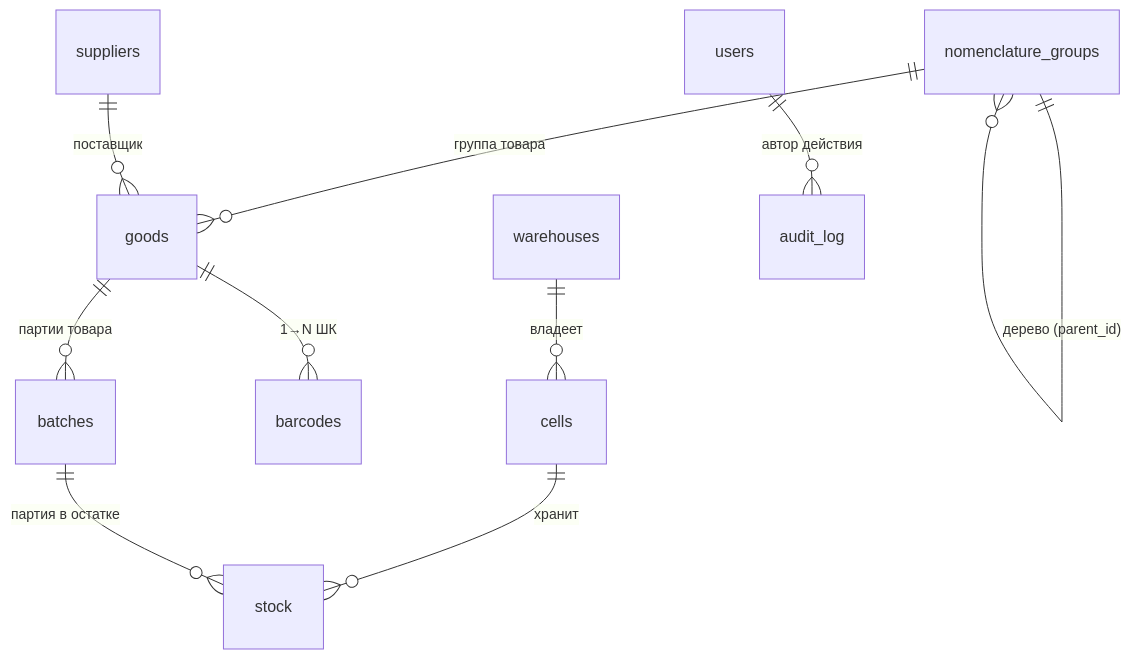
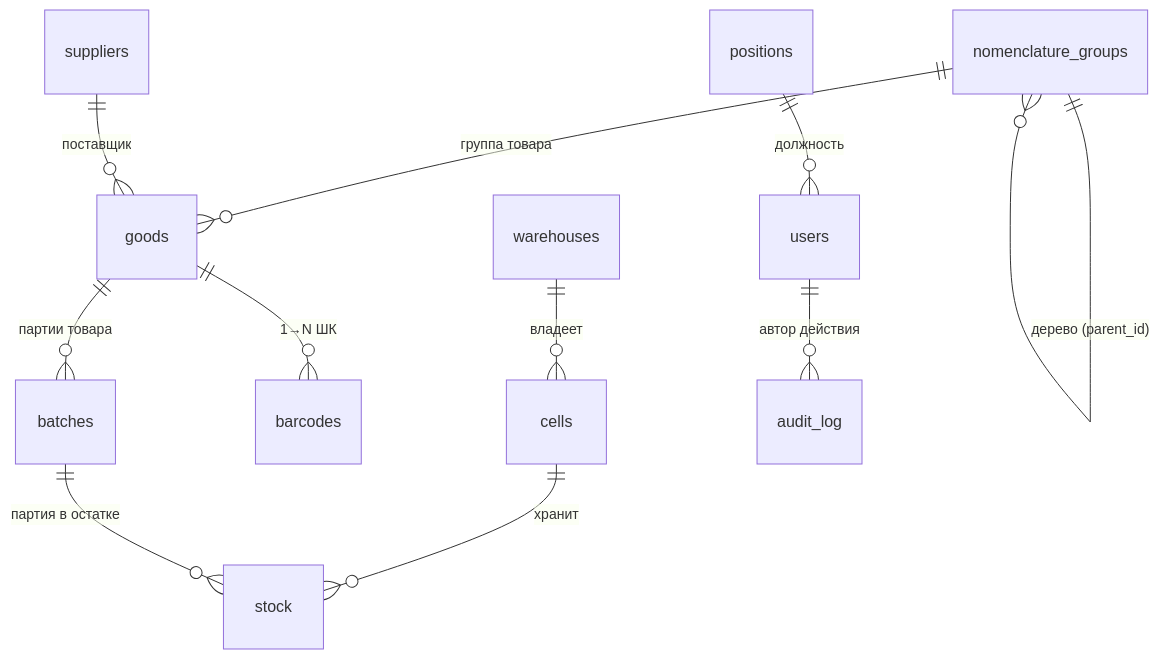
Before and after one commit to SergeiSMV/craft_limonades: the diagram in docs/data-model.md, drawn with Mermaid. The commit also changed other lines of this file and 28 other files, not shown here.

````diff
--- a/docs/data-model.md
+++ b/docs/data-model.md
@@ -19,12 +19,13 @@
 ```mermaid
 erDiagram
     warehouses           ||--o{ cells                : "владеет"
     cells                ||--o{ stock                : "хранит"
     goods                ||--o{ barcodes             : "1→N ШК"
     goods                ||--o{ batches              : "партии товара"
     batches              ||--o{ stock                : "партия в остатке"
     nomenclature_groups  ||--o{ nomenclature_groups  : "дерево (parent_id)"
     nomenclature_groups  ||--o{ goods                : "группа товара"
     suppliers            ||--o{ goods                : "поставщик"
     users                ||--o{ audit_log            : "автор действия"
+    positions            ||--o{ users                : "должность"
 ```
````
